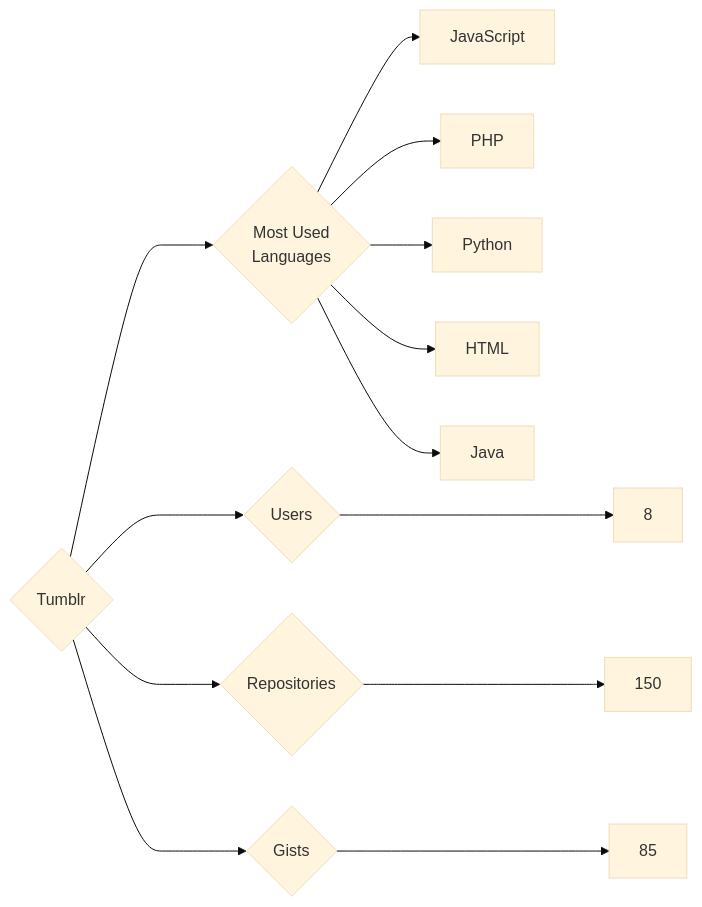
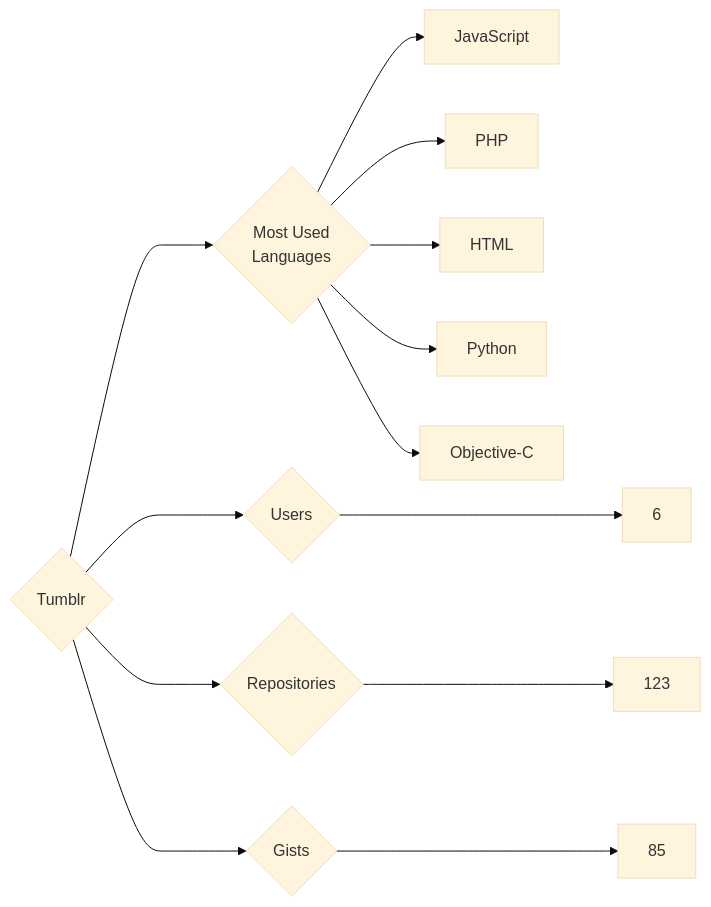
The diagram in targets/Tumblr/README.md (trickest/insiders), drawn with Mermaid (base theme) before and after one commit. The commit also changed 725 other files, not shown here.

````diff
--- a/targets/Tumblr/README.md
+++ b/targets/Tumblr/README.md
@@ -3,13 +3,13 @@
 ```mermaid
 graph LR
 COMPANY_NAME{Tumblr}
-COMPANY_NAME ---> U{Users} ---> UN[8]
-COMPANY_NAME ---> R{Repositories} ---> RN[150]
+COMPANY_NAME ---> U{Users} ---> UN[6]
+COMPANY_NAME ---> R{Repositories} ---> RN[123]
 COMPANY_NAME ---> G{Gists} ---> GN[85]
 COMPANY_NAME ---> ML{Most Used<br>Languages}
 ML --> JavaScript[JavaScript]
 ML --> PHP[PHP]
+ML --> HTML[HTML]
 ML --> Python[Python]
-ML --> HTML[HTML]
-ML --> Java[Java]
+ML --> Objective-C[Objective-C]
 ```
````
